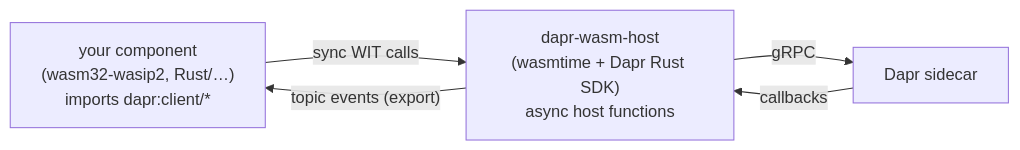
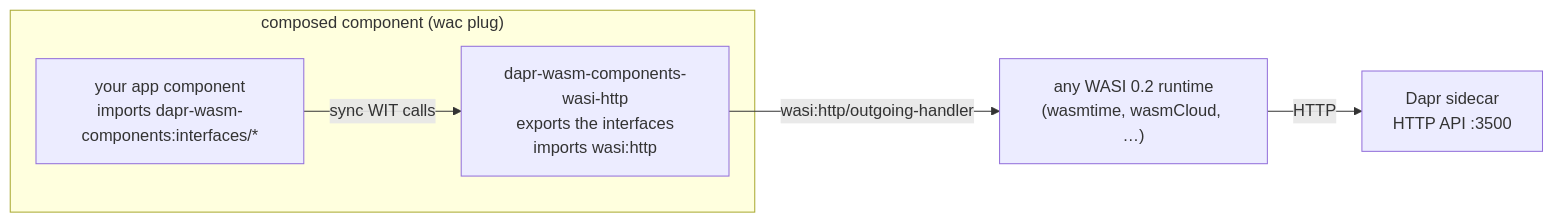
Before and after one commit to sideeffffect/dapr-wasm-components: the diagram in README.md, drawn with Mermaid. The commit also changed other lines of this file and 70 other files, not shown here.

First line of the commit message:
Redesign: pure-wasm architecture — interface package + wasi:http implementation

````diff
--- a/README.md
+++ b/README.md
@@ -7,11 +10,16 @@
 ```mermaid
 flowchart LR
-    guest["your component<br/>(wasm32-wasip2, Rust/…)<br/>imports dapr:client/*"]
-    host["dapr-wasm-host<br/>(wasmtime + Dapr Rust SDK)<br/>async host functions"]
-    sidecar["Dapr sidecar"]
+    app["your app component<br/>imports dapr-wasm-components:interfaces/*"]
+    impl["dapr-wasm-components-wasi-http<br/>exports the interfaces<br/>imports wasi:http"]
+    runtime["any WASI 0.2 runtime<br/>(wasmtime, wasmCloud, …)"]
+    sidecar["Dapr sidecar<br/>HTTP API :3500"]
 
-    guest -- "sync WIT calls" --> host
-    host -- "topic events (export)" --> guest
-    host -- "gRPC" --> sidecar
-    sidecar -- "callbacks" --> host
+    app -- "sync WIT calls" --> impl
+    impl -- "wasi:http/outgoing-handler" --> runtime
+    runtime -- "HTTP" --> sidecar
+
+    subgraph composed["composed component (wac plug)"]
+        app
+        impl
+    end
 ```
````
